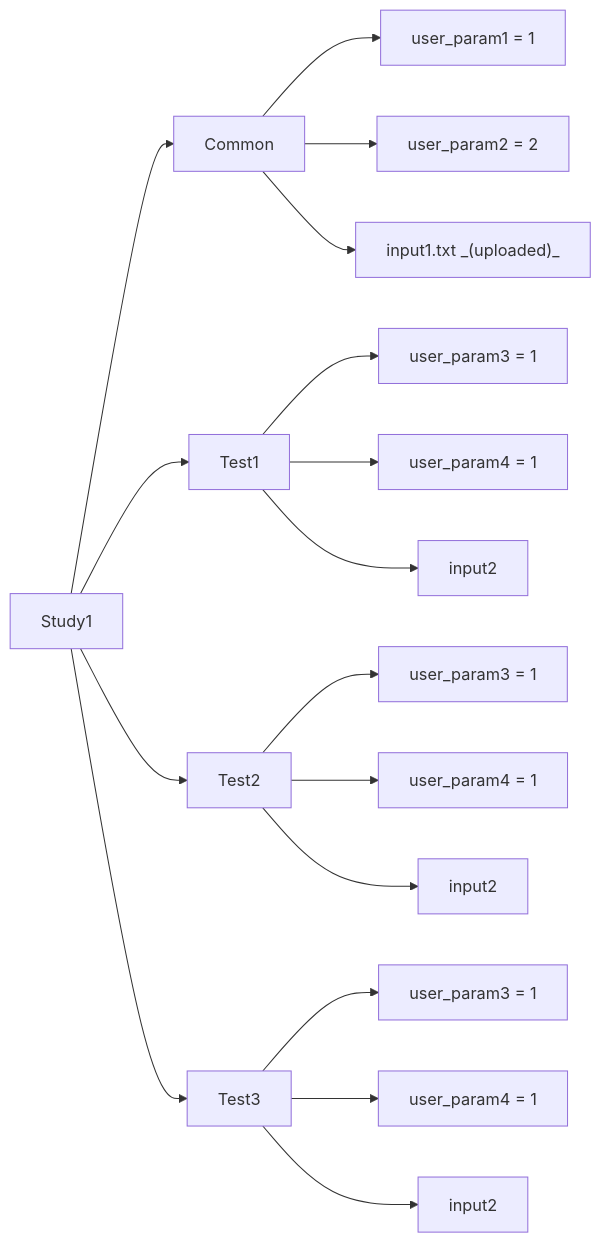
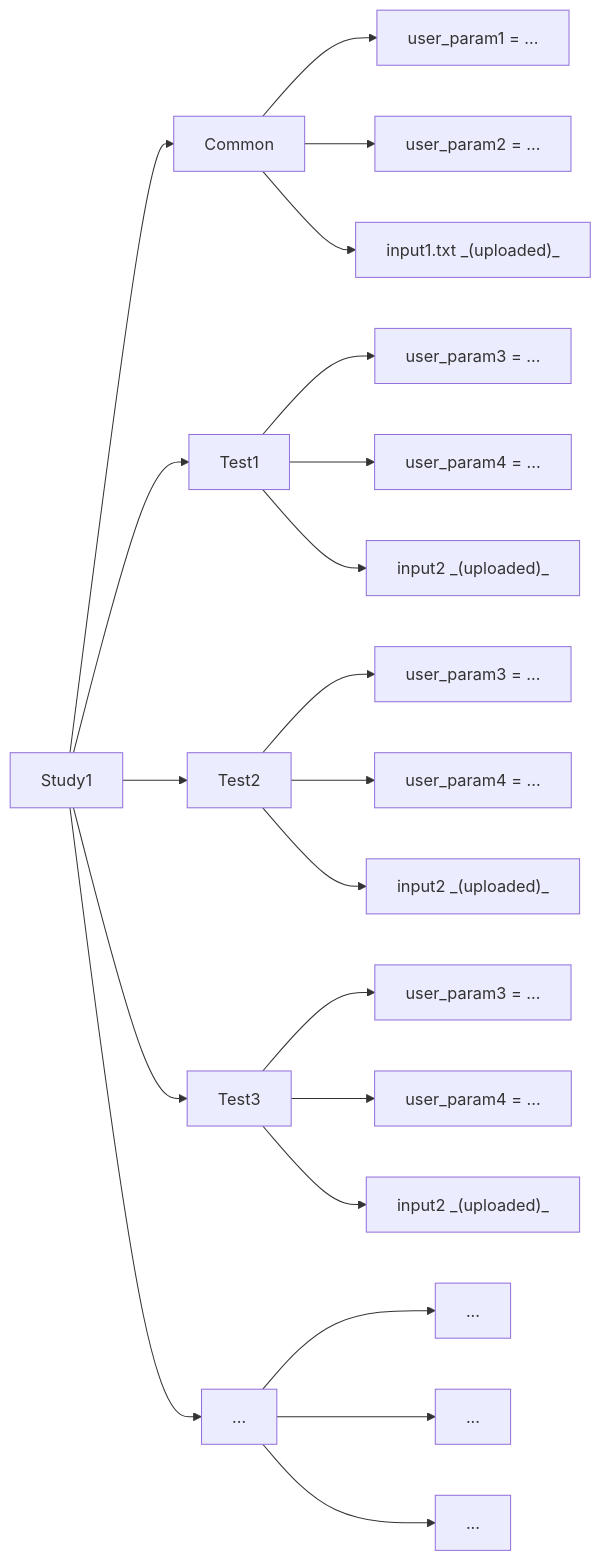
Before and after one commit to nuremics/nuremics: diagram 16 of 16 in README.md, drawn with Mermaid.

````diff
--- a/README.md
+++ b/README.md
@@ -492,24 +492,29 @@
 ```mermaid
 flowchart LR
 
     Study1 --> Common
     Study1 --> Test1
     Study1 --> Test2
     Study1 --> Test3
+    Study1 --> Test4["..."]
     
-    Common --> user_param1["user_param1 = 1"]
-    Common --> user_param2["user_param2 = 2"]
+    Common --> user_param1["user_param1 = ..."]
+    Common --> user_param2["user_param2 = ..."]
     Common --> common_input1["input1.txt _(uploaded)_"]
 
-    Test1 --> test1_param3["user_param3 = 1"]
-    Test1 --> test1_param4["user_param4 = 1"]
-    Test1 --> test1_input2["input2"]
+    Test1 --> test1_param3["user_param3 = ..."]
+    Test1 --> test1_param4["user_param4 = ..."]
+    Test1 --> test1_input2["input2 _(uploaded)_"]
 
-    Test2 --> test2_param3["user_param3 = 1"]
-    Test2 --> test2_param4["user_param4 = 1"]
-    Test2 --> test2_input2["input2"]
+    Test2 --> test2_param3["user_param3 = ..."]
+    Test2 --> test2_param4["user_param4 = ..."]
+    Test2 --> test2_input2["input2 _(uploaded)_"]
 
-    Test3 --> test3_param3["user_param3 = 1"]
-    Test3 --> test3_param4["user_param4 = 1"]
-    Test3 --> test3_input2["input2"]
+    Test3 --> test3_param3["user_param3 = ..."]
+    Test3 --> test3_param4["user_param4 = ..."]
+    Test3 --> test3_input2["input2 _(uploaded)_"]
+
+    Test4 --> test4_param3["..."]
+    Test4 --> test4_param4["..."]
+    Test4 --> test4_input2["..."]
 ```
````
